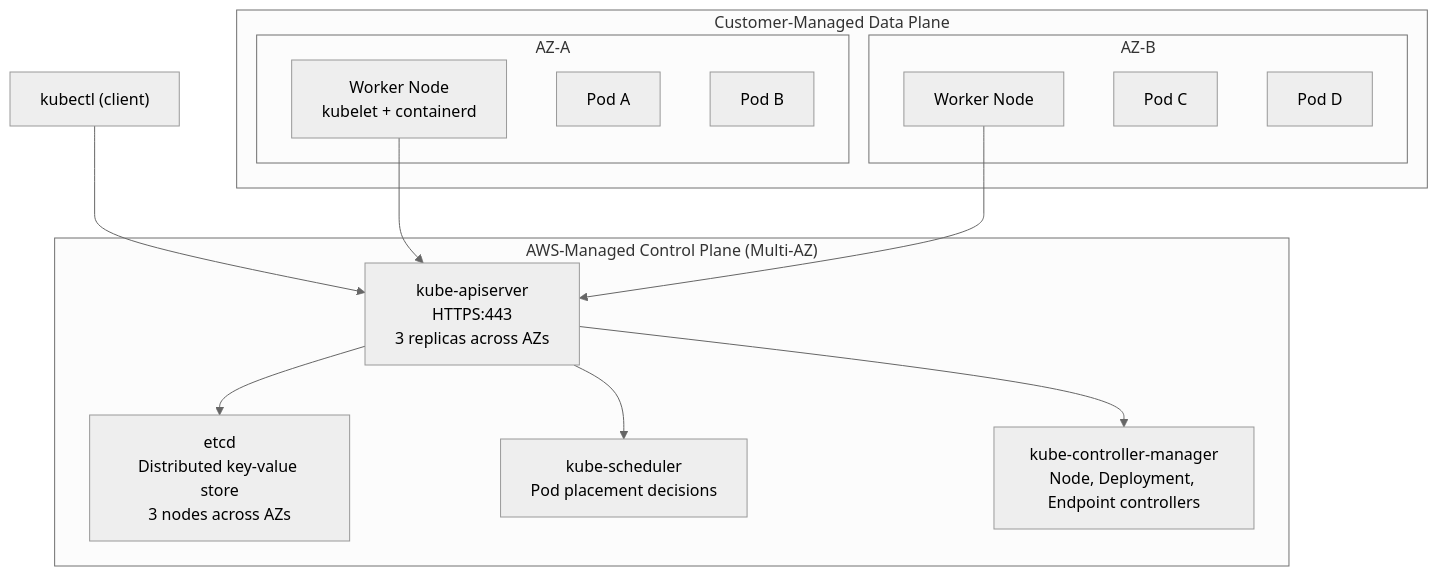
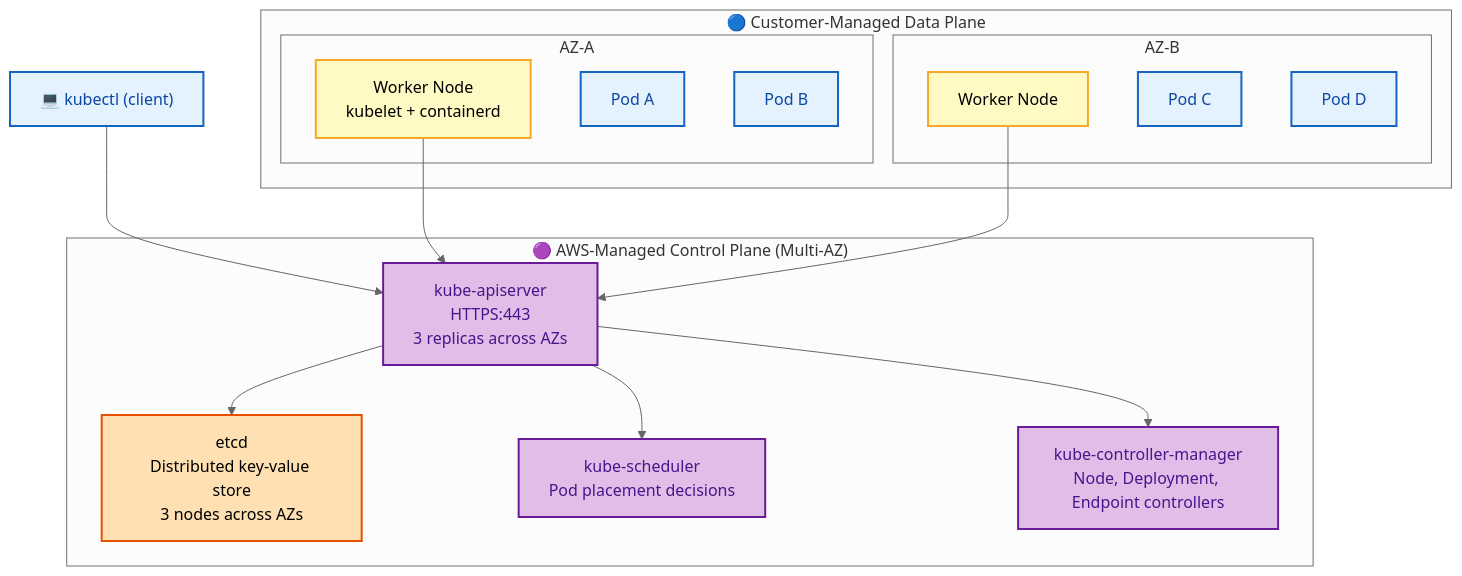
Before and after one commit to rakesh-budde/devops-guide: the fifth of 11 diagrams in aws/06-EKS-DEEP-DIVE.md, drawn with Mermaid (neutral theme). The commit also changed other lines of this file and 73 other files, not shown here.

````diff
--- a/aws/06-EKS-DEEP-DIVE.md
+++ b/aws/06-EKS-DEEP-DIVE.md
@@ -46,27 +178,39 @@
 ```mermaid
 graph TB
-    subgraph ControlPlane["AWS-Managed Control Plane (Multi-AZ)"]
+    subgraph ControlPlane["🟣 AWS-Managed Control Plane (Multi-AZ)"]
         APIServer["kube-apiserver<br/>HTTPS:443<br/>3 replicas across AZs"]
         Etcd["etcd<br/>Distributed key-value store<br/>3 nodes across AZs"]
         Scheduler["kube-scheduler<br/>Pod placement decisions"]
         CM["kube-controller-manager<br/>Node, Deployment, Endpoint controllers"]
     end
     
-    subgraph DataPlane["Customer-Managed Data Plane"]
+    subgraph DataPlane["🔵 Customer-Managed Data Plane"]
         subgraph AZ1["AZ-A"]
             Node1["Worker Node<br/>kubelet + containerd"]
             Pod1["Pod A"] & Pod2["Pod B"]
         end
         subgraph AZ2["AZ-B"]
             Node2["Worker Node"]
             Pod3["Pod C"] & Pod4["Pod D"]
         end
     end
     
-    kubectl["kubectl (client)"] --> APIServer
+    kubectl["💻 kubectl (client)"] --> APIServer
     APIServer --> Etcd
     APIServer --> Scheduler
     APIServer --> CM
     Node1 --> APIServer
     Node2 --> APIServer
+
+    class kubectl start
+    class Node1,Node2 proc
+    class Pod1,Pod2,Pod3,Pod4 start
+    class APIServer,Scheduler,CM ctrl
+    class Etcd store
+    classDef start fill:#e3f2fd,stroke:#1565c0,color:#0d47a1,stroke-width:2px;
+    classDef proc fill:#fff9c4,stroke:#f9a825,color:#000,stroke-width:2px;
+    classDef good fill:#c8e6c9,stroke:#2e7d32,color:#1b5e20,stroke-width:2px;
+    classDef bad fill:#ffcdd2,stroke:#c62828,color:#b71c1c,stroke-width:2px;
+    classDef ctrl fill:#e1bee7,stroke:#6a1b9a,color:#4a148c,stroke-width:2px;
+    classDef store fill:#ffe0b2,stroke:#e65100,color:#000,stroke-width:2px;
 ```
````
